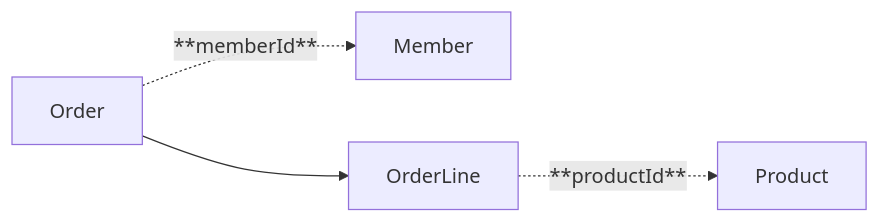
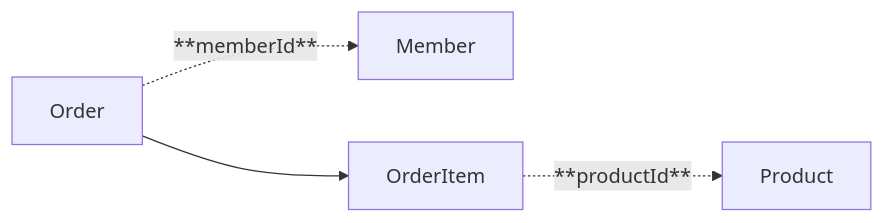
The second of 2 diagrams in .projectcode/chapters/id-reference/diagrams/flow.md (busan-bank-2026/ddd-example), drawn with Mermaid before and after one commit. The commit also changed 12 other files, not shown here.

````diff
--- a/.projectcode/chapters/id-reference/diagrams/flow.md
+++ b/.projectcode/chapters/id-reference/diagrams/flow.md
@@ -12,6 +12,6 @@
 ```mermaid
 flowchart LR
   O[Order] -. **memberId** .-> M[Member]
-  L[OrderLine] -. **productId** .-> P[Product]
+  L[OrderItem] -. **productId** .-> P[Product]
   O --> L
 ```
````
